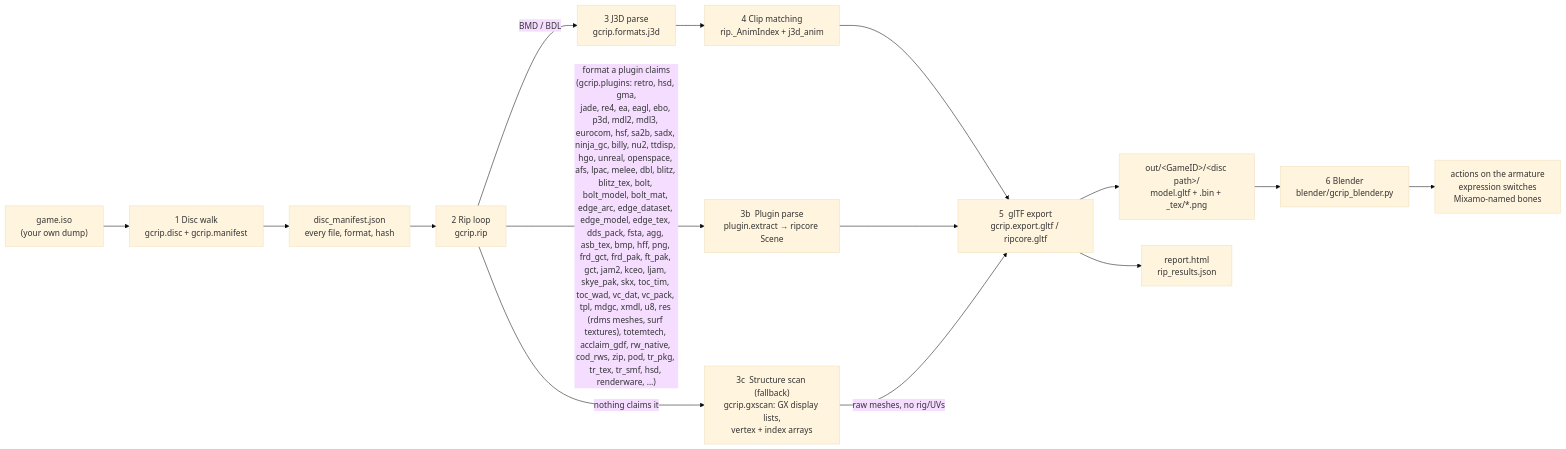
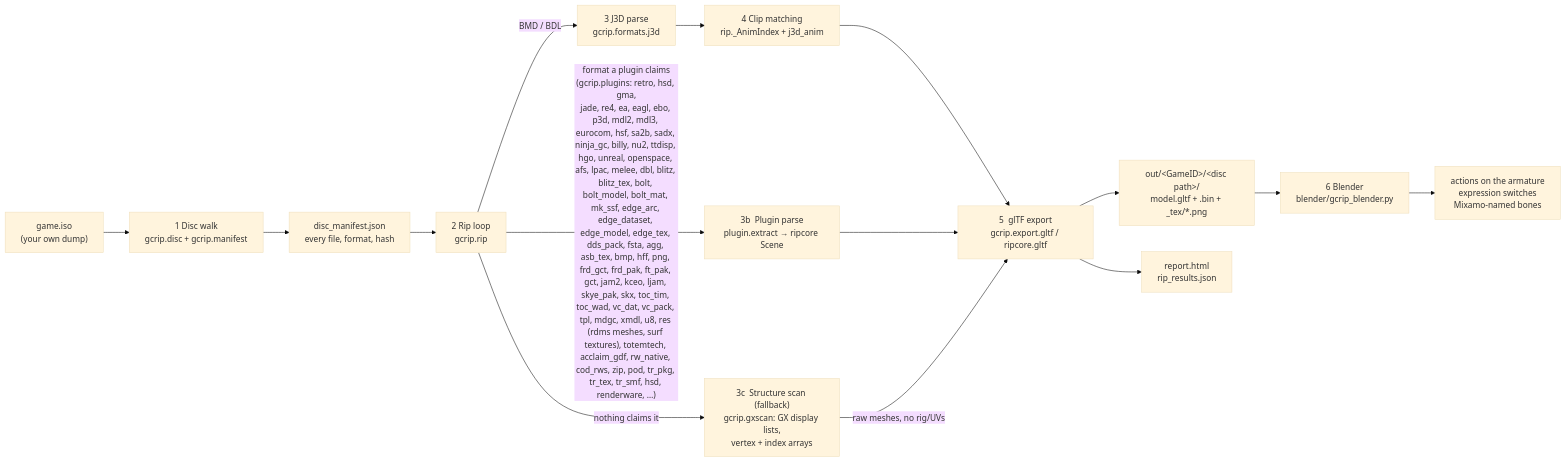
Before and after one commit to Felbs/3d-ripper-9000: the first of 10 diagrams in docs/PIPELINE.md, drawn with Mermaid (base theme). The commit also changed other lines of this file and 10 other files, not shown here.

First line of the commit message:
gcrip mk_ssf: Midway SEC archives (Mortal Kombat Deception / Deadly Alliance) - in-place RenderWare geometry structs, PAD32 filler, code-side texcoord fractions, big-endian RW 3.2 payloads

````diff
--- a/docs/PIPELINE.md
+++ b/docs/PIPELINE.md
@@ -11,17 +11,17 @@
 ```mermaid
 flowchart LR
     ISO["game.iso<br/>(your own dump)"] --> WALK["1  Disc walk<br/>gcrip.disc + gcrip.manifest"]
     WALK --> MAN["disc_manifest.json<br/>every file, format, hash"]
     MAN --> RIP["2  Rip loop<br/>gcrip.rip"]
     RIP -->|"BMD / BDL"| J3D["3  J3D parse<br/>gcrip.formats.j3d"]
-    RIP -->|"format a plugin claims<br/>(gcrip.plugins: retro, hsd, gma,<br/>jade, re4, ea, eagl, ebo, p3d, mdl2, mdl3, eurocom, hsf, sa2b, sadx, ninja_gc, billy, nu2, ttdisp, hgo, unreal, openspace, afs, lpac, melee, dbl, blitz, blitz_tex, bolt, bolt_model, bolt_mat, edge_arc, edge_dataset, edge_model, edge_tex, dds_pack, fsta, agg, asb_tex, bmp, hff, png, frd_gct, frd_pak, ft_pak, gct, jam2, kceo, ljam, skye_pak, skx, toc_tim, toc_wad, vc_dat, vc_pack, tpl, mdgc, xmdl, u8, res (rdms meshes, surf textures), totemtech, acclaim_gdf, rw_native, cod_rws, zip, pod, tr_pkg, tr_tex, tr_smf, hsd, renderware, …)"| PLUG["3b  Plugin parse<br/>plugin.extract → ripcore Scene"]
+    RIP -->|"format a plugin claims<br/>(gcrip.plugins: retro, hsd, gma,<br/>jade, re4, ea, eagl, ebo, p3d, mdl2, mdl3, eurocom, hsf, sa2b, sadx, ninja_gc, billy, nu2, ttdisp, hgo, unreal, openspace, afs, lpac, melee, dbl, blitz, blitz_tex, bolt, bolt_model, bolt_mat, mk_ssf, edge_arc, edge_dataset, edge_model, edge_tex, dds_pack, fsta, agg, asb_tex, bmp, hff, png, frd_gct, frd_pak, ft_pak, gct, jam2, kceo, ljam, skye_pak, skx, toc_tim, toc_wad, vc_dat, vc_pack, tpl, mdgc, xmdl, u8, res (rdms meshes, surf textures), totemtech, acclaim_gdf, rw_native, cod_rws, zip, pod, tr_pkg, tr_tex, tr_smf, hsd, renderware, …)"| PLUG["3b  Plugin parse<br/>plugin.extract → ripcore Scene"]
     RIP -->|"nothing claims it"| GX["3c  Structure scan (fallback)<br/>gcrip.gxscan: GX display lists,<br/>vertex + index arrays"]
     J3D --> ANIM["4  Clip matching<br/>rip._AnimIndex + j3d_anim"]
     ANIM --> GLTF["5  glTF export<br/>gcrip.export.gltf / ripcore.gltf"]
     PLUG --> GLTF
     GX -->|"raw meshes, no rig/UVs"| GLTF
     GLTF --> OUT["out/&lt;GameID&gt;/&lt;disc path&gt;/<br/>model.gltf + .bin + _tex/*.png"]
     GLTF --> REP["report.html<br/>rip_results.json"]
     OUT --> BL["6  Blender<br/>blender/gcrip_blender.py"]
     BL --> PLAY["actions on the armature<br/>expression switches<br/>Mixamo-named bones"]
 ```
````
